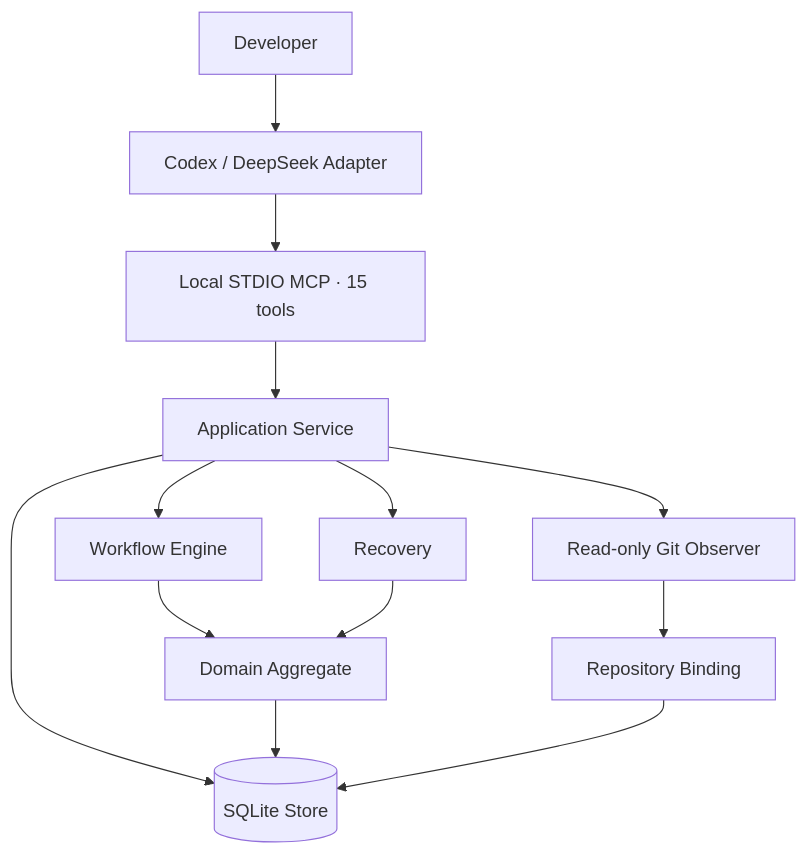
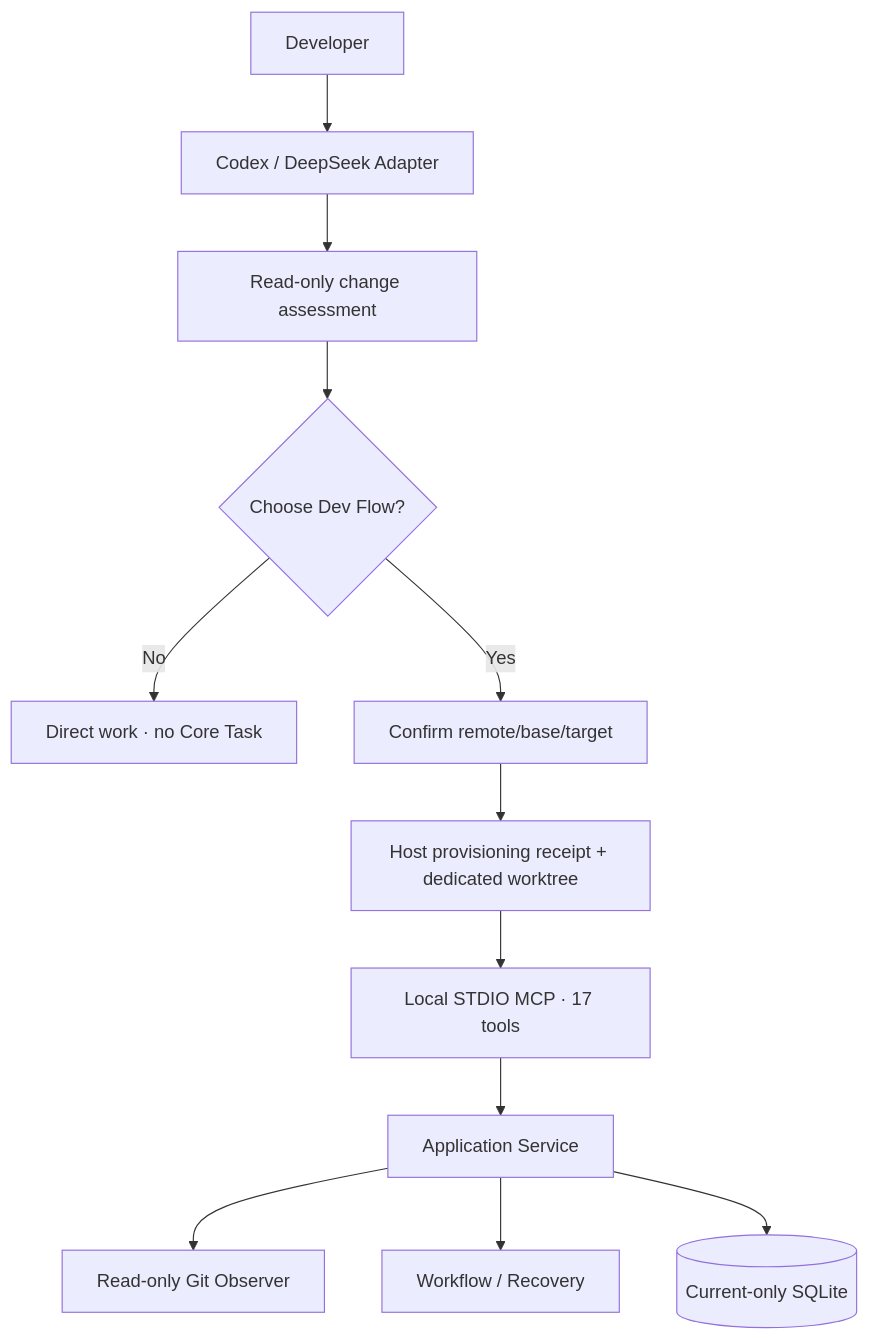
Before and after one commit to Innocent-children/dev-flow: the diagram in docs/ARCHITECTURE_en.md, drawn with Mermaid. The commit also changed other lines of this file and 246 other files, not shown here.

Commit message:
feat: make task lifecycle worktree-first

````diff
--- a/docs/ARCHITECTURE_en.md
+++ b/docs/ARCHITECTURE_en.md
@@ -34,15 +16,14 @@
 ```mermaid
 flowchart TB
     U[Developer] --> H[Codex / DeepSeek Adapter]
-    H --> M[Local STDIO MCP · 15 tools]
-    M --> A[Application Service]
-    A --> W[Workflow Engine]
-    A --> R[Recovery]
-    A --> G[Read-only Git Observer]
-    W --> D[Domain Aggregate]
-    R --> D
-    G --> B[Repository Binding]
-    A --> S[(SQLite Store)]
-    D --> S
-    B --> S
+    H --> A[Read-only change assessment]
+    A --> C{Choose Dev Flow?}
+    C -->|No| D[Direct work · no Core Task]
+    C -->|Yes| P[Confirm remote/base/target]
+    P --> W[Host provisioning receipt + dedicated worktree]
+    W --> M[Local STDIO MCP · 17 tools]
+    M --> S[Application Service]
+    S --> G[Read-only Git Observer]
+    S --> F[Workflow / Recovery]
+    S --> DB[(Current-only SQLite)]
 ```
````
